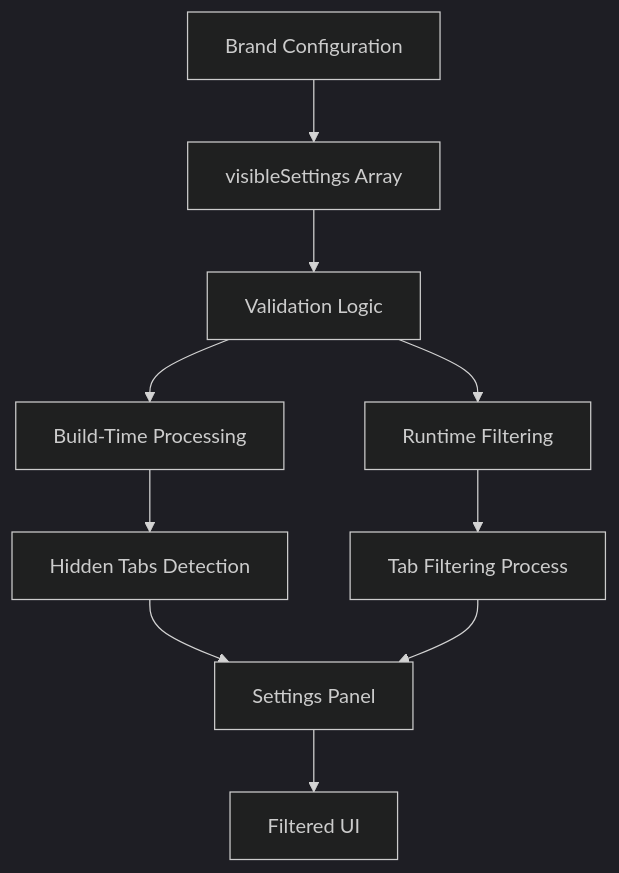
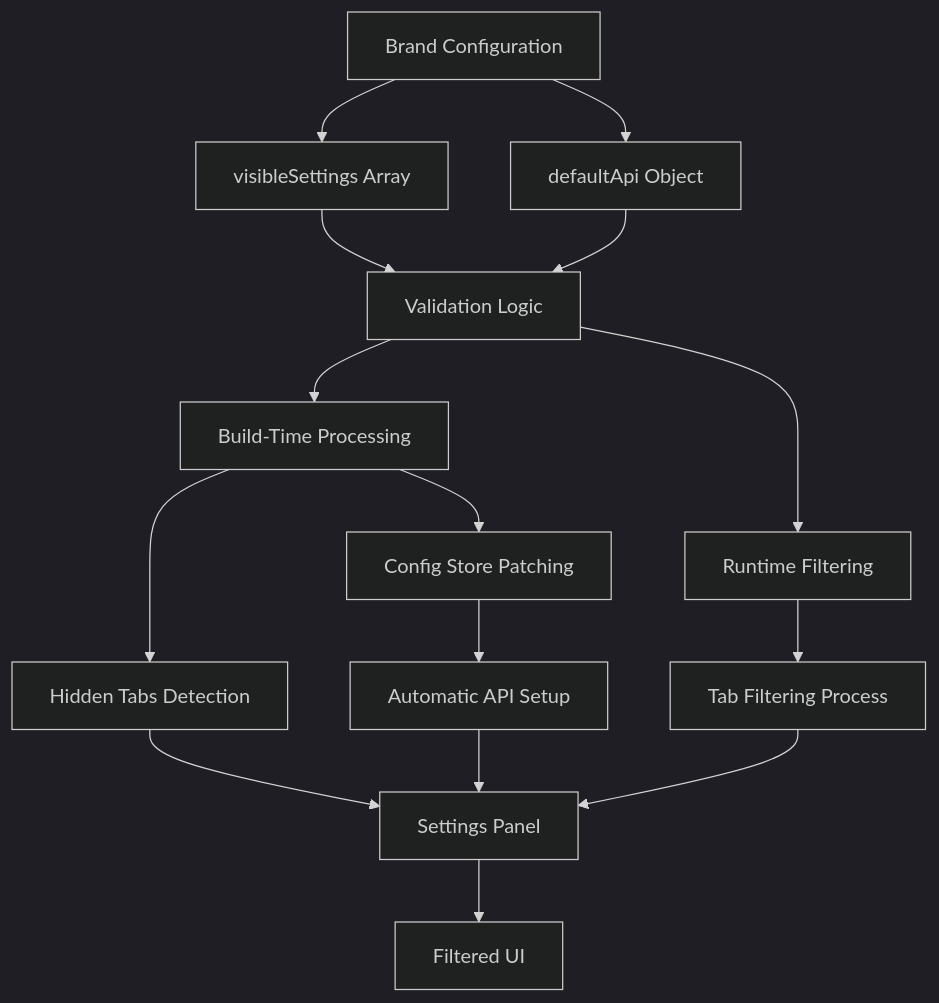
Before and after one commit to jackuh105/open-cowork: the sixth of 9 diagrams in .qoder/repowiki/en/content/Deployment & Distribution/Branding System.md, drawn with Mermaid (dark theme). The commit also changed other lines of this file and 2 other files, not shown here.

````diff
--- a/.qoder/repowiki/en/content/Deployment & Distribution/Branding System.md
+++ b/.qoder/repowiki/en/content/Deployment & Distribution/Branding System.md
@@ -248,12 +321,17 @@
 ```mermaid
 flowchart TD
 BrandConfig["Brand Configuration"] --> VisibleSettings["visibleSettings Array"]
+BrandConfig --> DefaultApi["defaultApi Object"]
 VisibleSettings --> Validation["Validation Logic"]
+DefaultApi --> Validation
 Validation --> BuildTime["Build-Time Processing"]
 Validation --> Runtime["Runtime Filtering"]
 BuildTime --> HiddenTabs["Hidden Tabs Detection"]
+BuildTime --> ConfigPatching["Config Store Patching"]
 Runtime --> TabFiltering["Tab Filtering Process"]
+ConfigPatching --> AutoSetup["Automatic API Setup"]
 HiddenTabs --> SettingsPanel["Settings Panel"]
 TabFiltering --> SettingsPanel
+AutoSetup --> SettingsPanel
 SettingsPanel --> UserInterface["Filtered UI"]
 ```
````
